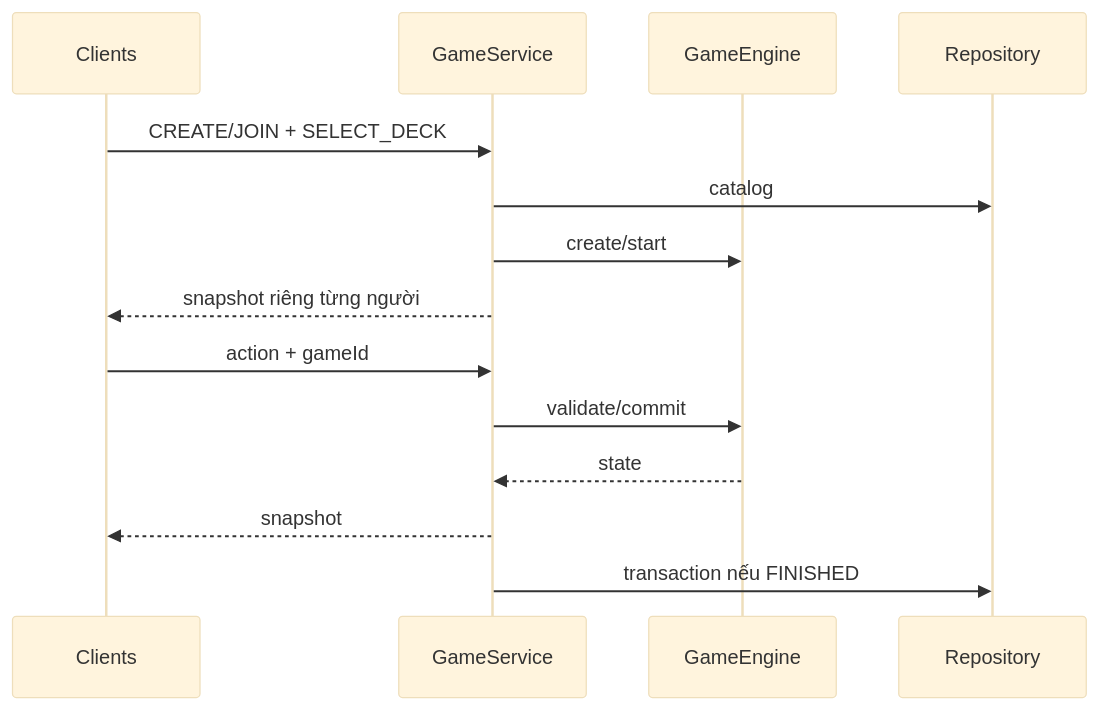
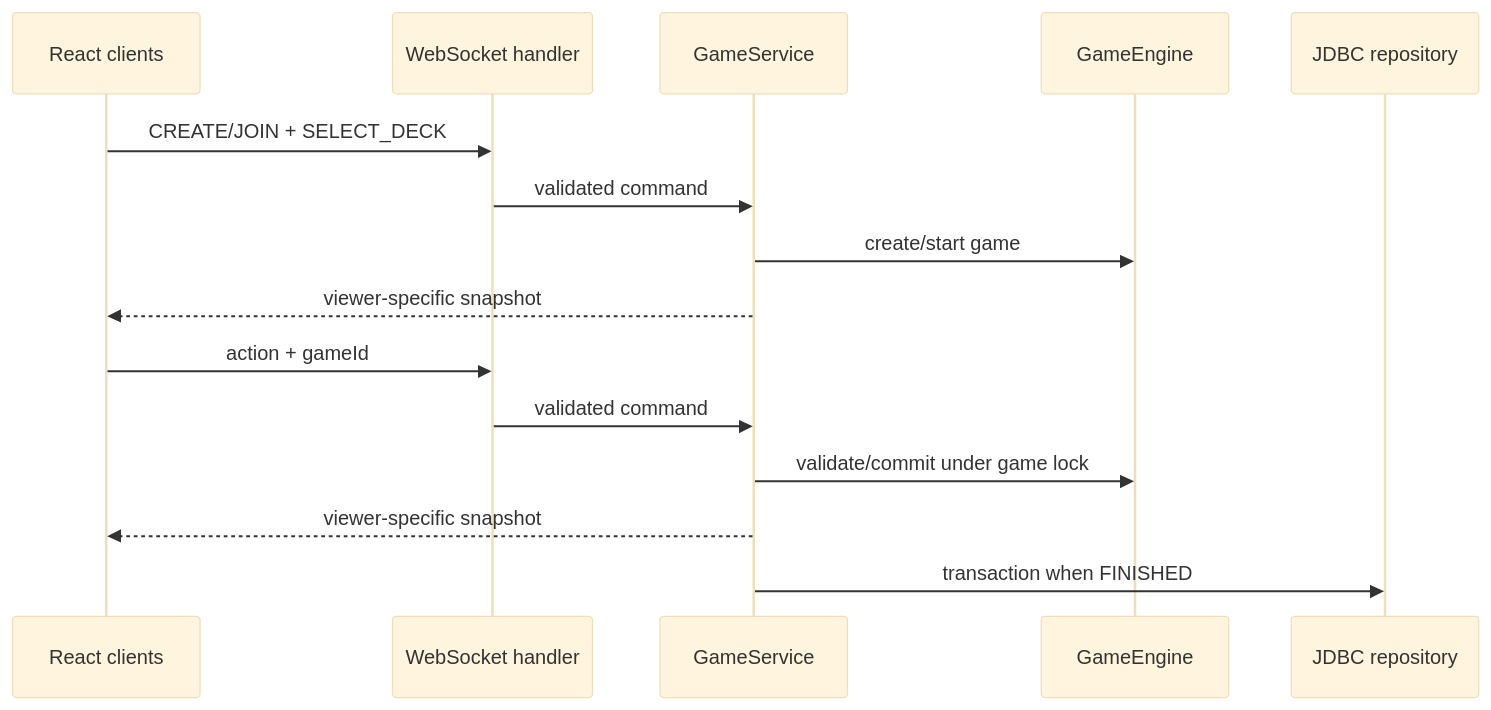
One commit to dongchoido/GamethebaihaynhatVN changed the sixth of 6 diagrams in docs/ARCHITECTURE.md. Above: the diagram before and after it, drawn with Mermaid (base theme). The commit also changed other lines of this file and 111 other files, not shown here.

````diff
--- a/docs/ARCHITECTURE.md
+++ b/docs/ARCHITECTURE.md
@@ -58,16 +105,17 @@
 ```mermaid
 sequenceDiagram
-  participant C as Clients
+  participant C as React clients
+  participant W as WebSocket handler
   participant S as GameService
   participant E as GameEngine
-  participant D as Repository
-  C->>S: CREATE/JOIN + SELECT_DECK
-  S->>D: catalog
-  S->>E: create/start
-  S-->>C: snapshot riêng từng người
-  C->>S: action + gameId
-  S->>E: validate/commit
-  E-->>S: state
-  S-->>C: snapshot
-  S->>D: transaction nếu FINISHED
+  participant D as JDBC repository
+  C->>W: CREATE/JOIN + SELECT_DECK
+  W->>S: validated command
+  S->>E: create/start game
+  S-->>C: viewer-specific snapshot
+  C->>W: action + gameId
+  W->>S: validated command
+  S->>E: validate/commit under game lock
+  S-->>C: viewer-specific snapshot
+  S->>D: transaction when FINISHED
 ```
````
